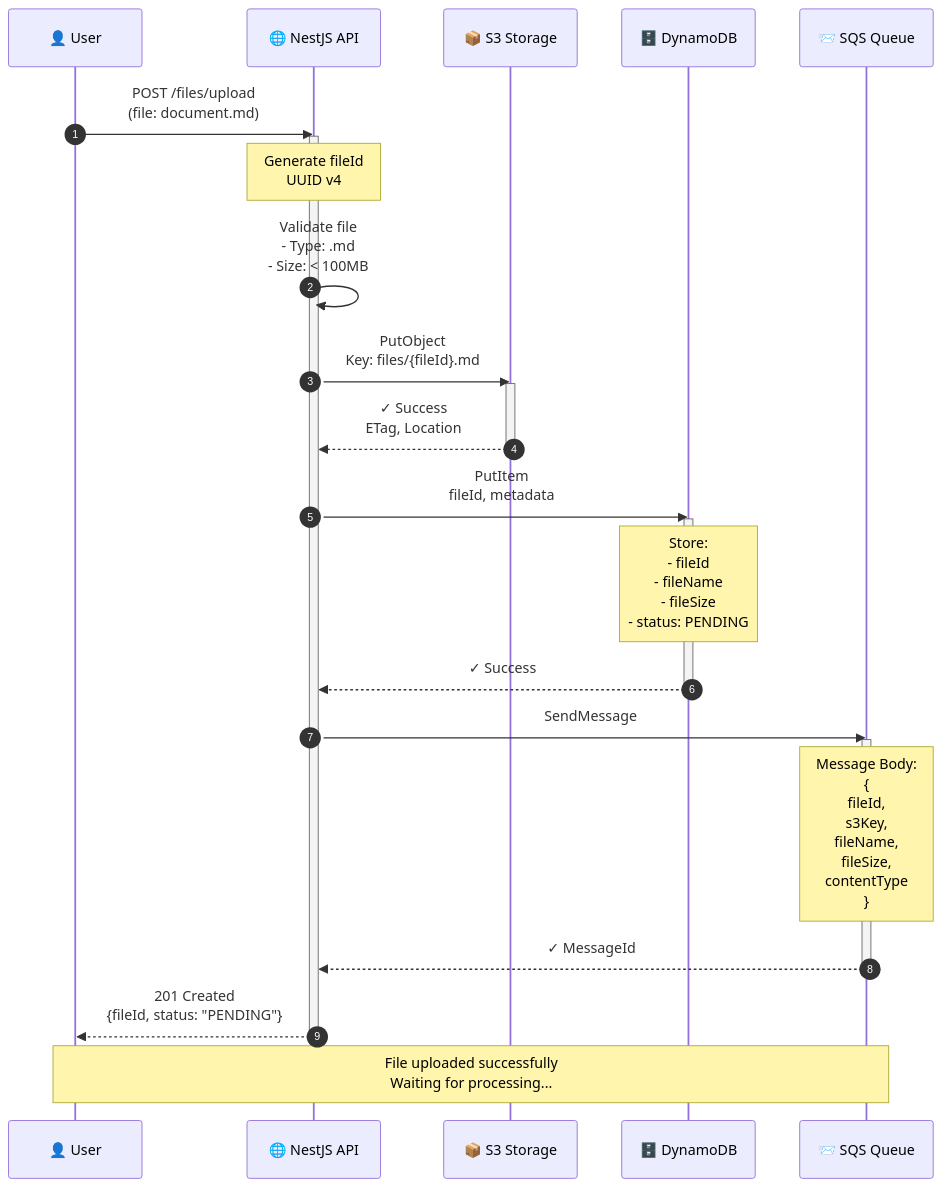
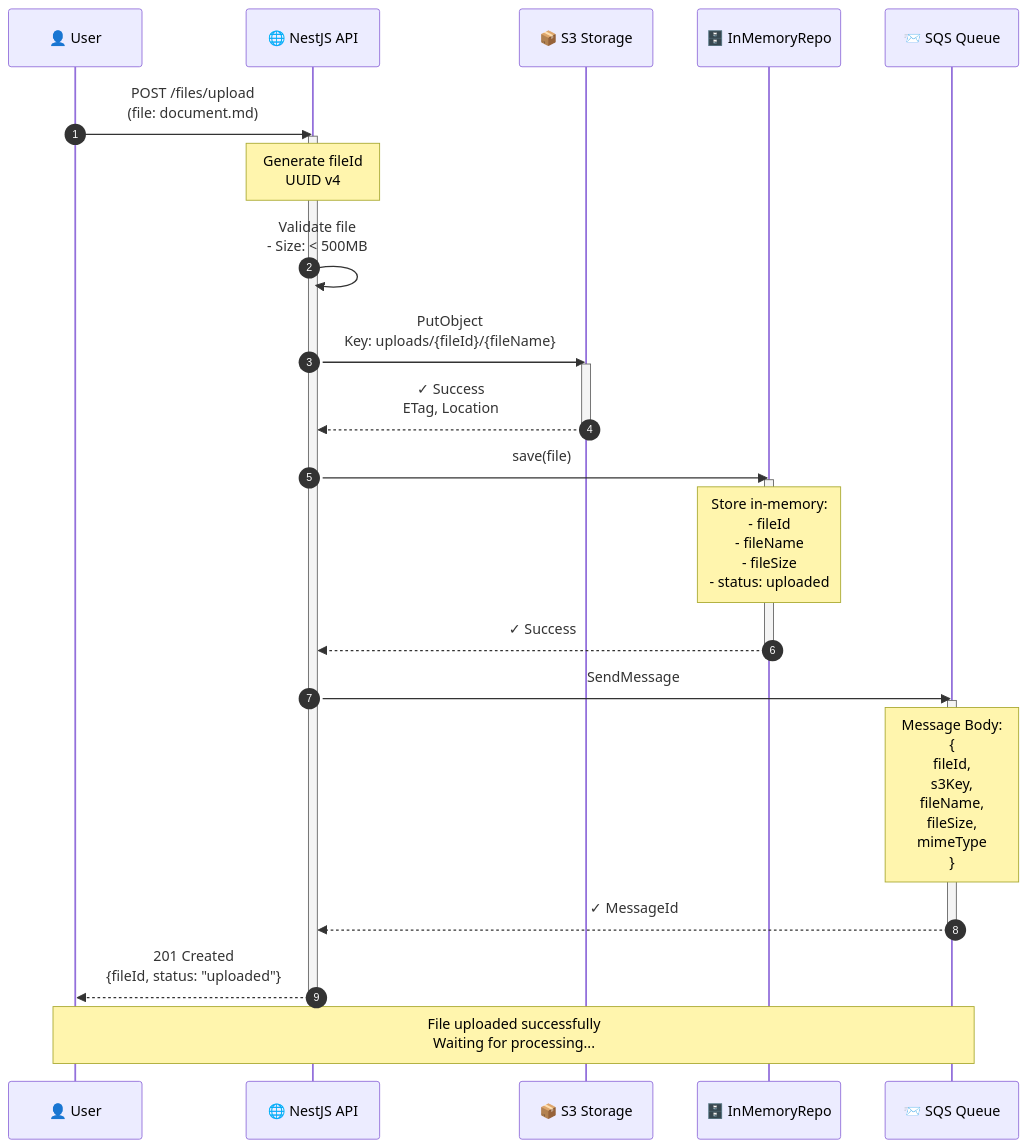
The second of 11 diagrams in docs/application/LAMBDA-FLOW-SEQUENCE.md (TomJennyDev/chunk-files), drawn with Mermaid before and after one commit. The commit also changed other lines of this file and 244 other files, not shown here.

````diff
--- a/docs/application/LAMBDA-FLOW-SEQUENCE.md
+++ b/docs/application/LAMBDA-FLOW-SEQUENCE.md
@@ -50,38 +50,38 @@
 ```mermaid
 sequenceDiagram
     autonumber
     participant User as 👤 User
     participant API as 🌐 NestJS API
     participant S3 as 📦 S3 Storage
-    participant DDB as 🗄️ DynamoDB
+    participant Repo as 🗄️ InMemoryRepo
     participant SQS as 📨 SQS Queue
     
     User->>API: POST /files/upload<br/>(file: document.md)
     activate API
     
     Note over API: Generate fileId<br/>UUID v4
     
-    API->>API: Validate file<br/>- Type: .md<br/>- Size: < 100MB
+    API->>API: Validate file<br/>- Size: < 500MB
     
-    API->>S3: PutObject<br/>Key: files/{fileId}.md
+    API->>S3: PutObject<br/>Key: uploads/{fileId}/{fileName}
     activate S3
     S3-->>API: ✓ Success<br/>ETag, Location
     deactivate S3
     
-    API->>DDB: PutItem<br/>fileId, metadata
-    activate DDB
-    Note over DDB: Store:<br/>- fileId<br/>- fileName<br/>- fileSize<br/>- status: PENDING
-    DDB-->>API: ✓ Success
-    deactivate DDB
+    API->>Repo: save(file)
+    activate Repo
+    Note over Repo: Store in-memory:<br/>- fileId<br/>- fileName<br/>- fileSize<br/>- status: uploaded
+    Repo-->>API: ✓ Success
+    deactivate Repo
     
     API->>SQS: SendMessage
     activate SQS
-    Note over SQS: Message Body:<br/>{<br/>  fileId,<br/>  s3Key,<br/>  fileName,<br/>  fileSize,<br/>  contentType<br/>}
+    Note over SQS: Message Body:<br/>{<br/>  fileId,<br/>  s3Key,<br/>  fileName,<br/>  fileSize,<br/>  mimeType<br/>}
     SQS-->>API: ✓ MessageId
     deactivate SQS
     
-    API-->>User: 201 Created<br/>{fileId, status: "PENDING"}
+    API-->>User: 201 Created<br/>{fileId, status: "uploaded"}
     deactivate API
     
     Note over User,SQS: File uploaded successfully<br/>Waiting for processing...
 ```
````
